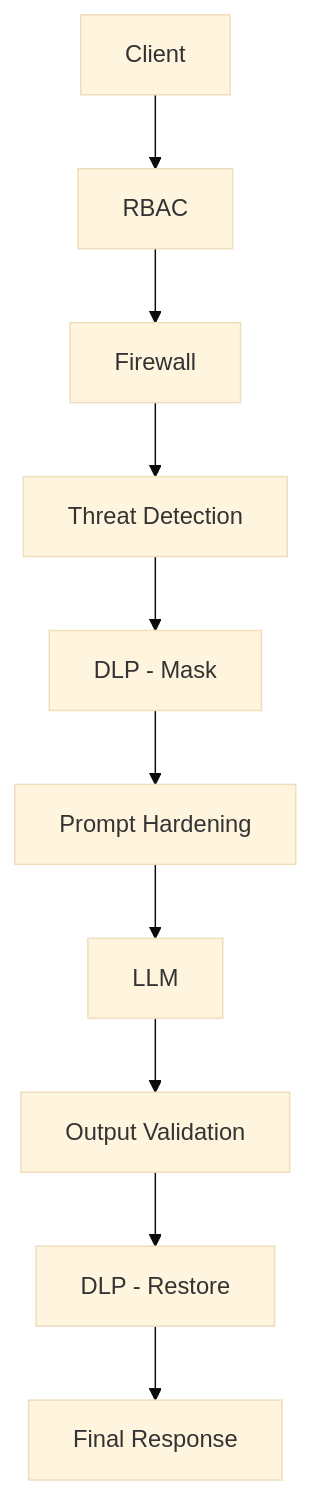
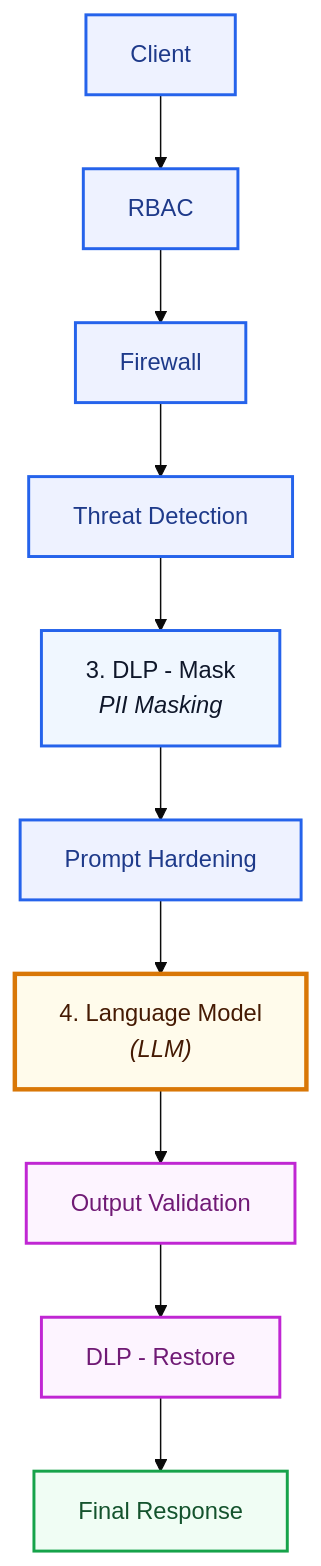
One commit to Sonic-12/LLM-GUARD changed the diagram in README.md. Above: the diagram before and after it, drawn with Mermaid (base theme).

Commit message:
LLM GUARD DONE

````diff
--- a/README.md
+++ b/README.md
@@ -46,12 +46,37 @@
 ```mermaid
 flowchart TB
-    Client["Client"] --> RBAC["RBAC"]
-    RBAC --> Firewall["Firewall"]
-    Firewall --> ThreatDetect["Threat Detection"]
-    ThreatDetect --> DLPIn["DLP - Mask"]
-    DLPIn --> Hardening["Prompt Hardening"]
-    Hardening --> LLM["LLM"]
-    LLM --> OutputValidation["Output Validation"]
-    OutputValidation --> DLPOut["DLP - Restore"]
-    DLPOut --> Response["Final Response"]
+    %% Node Definitions
+    Client["Client"]
+    RBAC["RBAC"]
+    Firewall["Firewall"]
+    ThreatDetect["Threat Detection"]
+    DLPIn["3. DLP - Mask<br/><i>PII Masking</i>"]
+    Hardening["Prompt Hardening"]
+    LLM["4. Language Model<br/><i>(LLM)</i>"]
+    OutputValidation["Output Validation"]
+    DLPOut["DLP - Restore"]
+    Response["Final Response"]
+
+    %% Connections
+    Client --> RBAC
+    RBAC --> Firewall
+    Firewall --> ThreatDetect
+    ThreatDetect --> DLPIn
+    DLPIn --> Hardening
+    Hardening --> LLM
+    LLM --> OutputValidation
+    OutputValidation --> DLPOut
+    DLPOut --> Response
+
+    %% Color Styles (Matching Image Palette)
+    style Client fill:#eef2ff,stroke:#2563eb,stroke-width:2px,color:#1e3a8a
+    style RBAC fill:#eef2ff,stroke:#2563eb,stroke-width:2px,color:#1e3a8a
+    style Firewall fill:#eef2ff,stroke:#2563eb,stroke-width:2px,color:#1e3a8a
+    style ThreatDetect fill:#eef2ff,stroke:#2563eb,stroke-width:2px,color:#1e3a8a
+    style DLPIn fill:#f0f7ff,stroke:#2563eb,stroke-width:2px,color:#0f172a
+    style Hardening fill:#eef2ff,stroke:#2563eb,stroke-width:2px,color:#1e3a8a
+    style LLM fill:#fffbeb,stroke:#d97706,stroke-width:3px,color:#451a03
+    style OutputValidation fill:#fdf4ff,stroke:#c026d3,stroke-width:2px,color:#701a75
+    style DLPOut fill:#fdf4ff,stroke:#c026d3,stroke-width:2px,color:#701a75
+    style Response fill:#f0fdf4,stroke:#16a34a,stroke-width:2px,color:#14532d
 ```
````
